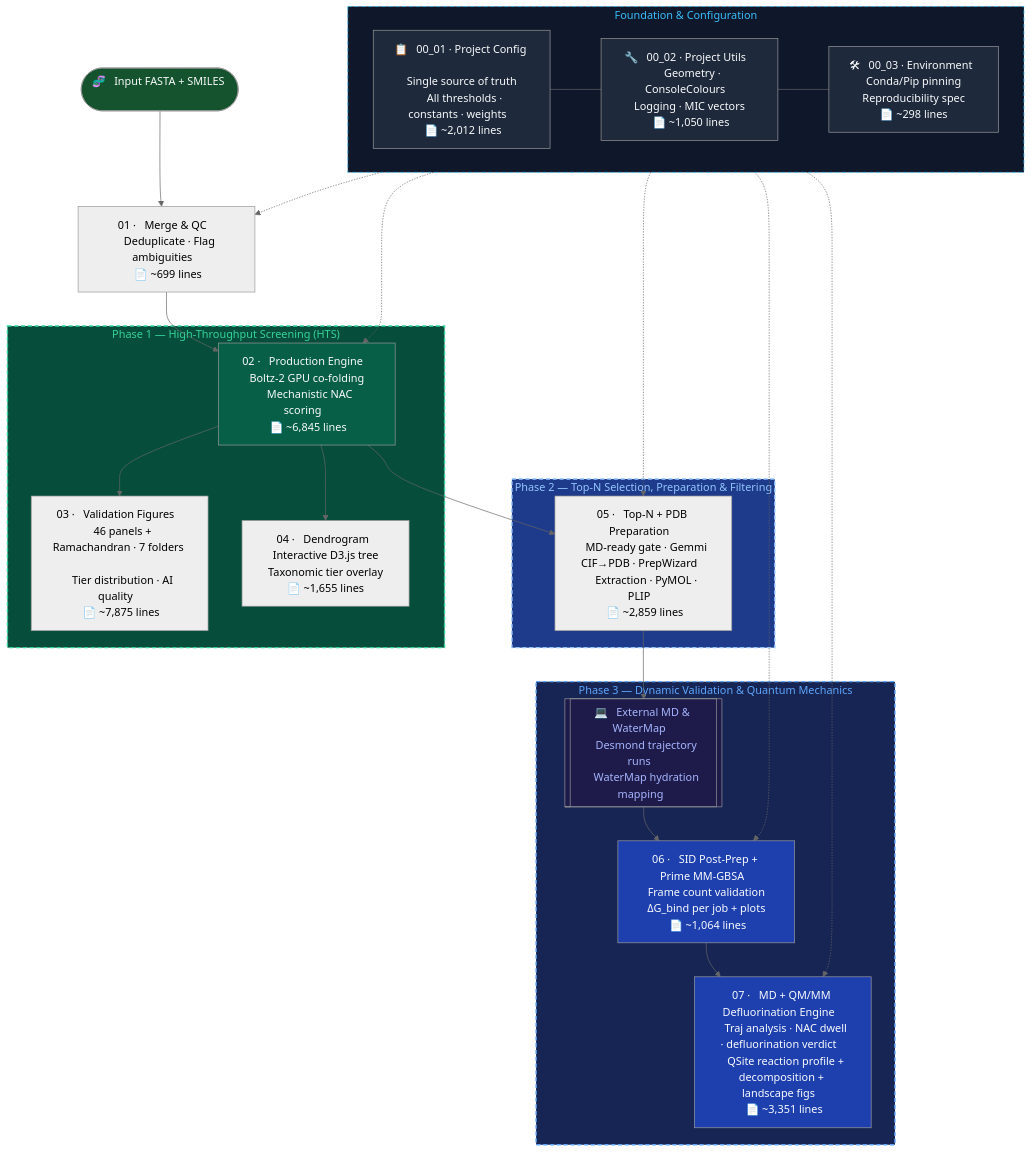
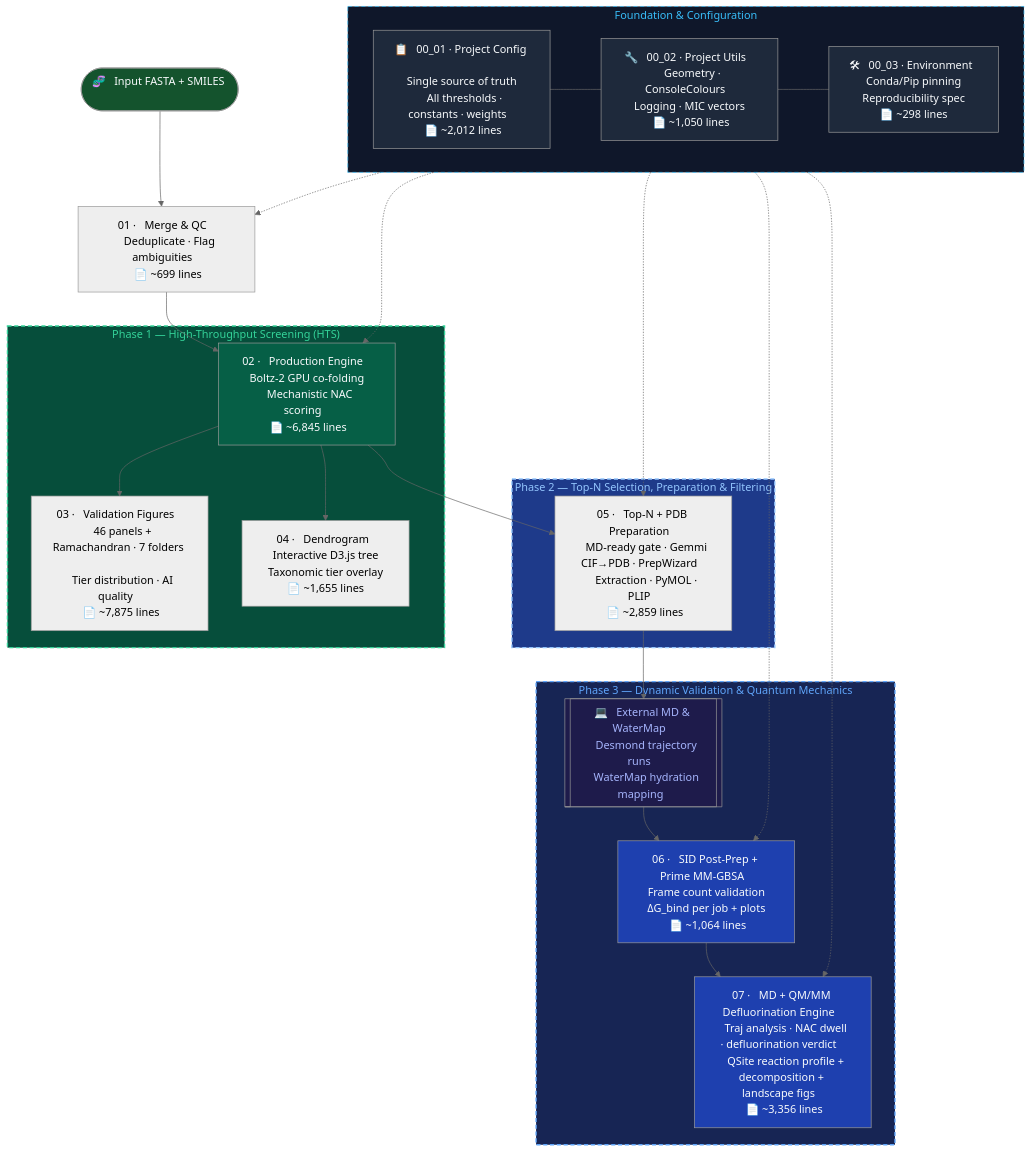
The diagram in README.md (KU-MGB/DeFluorX), drawn with Mermaid (neutral theme) before and after one commit. The commit also changed 1 other file, not shown here.

Commit message:
docs(07): split §7 QSite into 7a (input prep & execution) + 7b (scan parsing)
§7 was ~454 lines with only its parse half labelled; the prep+run half now has a
7a banner so both halves are balanced and navigable.

````diff
--- a/README.md
+++ b/README.md
@@ -189,56 +189,56 @@
 ```mermaid
 flowchart TD
     subgraph FOUNDATION["  Foundation & Configuration  "]
         CFG["📋 &nbsp; 00_01 · Project Config &nbsp; \n &nbsp; Single source of truth &nbsp; \n &nbsp; All thresholds · constants · weights &nbsp; \n &nbsp; 📄 ~2,012 lines &nbsp; "]
         UTL["🔧 &nbsp; 00_02 · Project Utils &nbsp; \n &nbsp; Geometry · ConsoleColours &nbsp; \n &nbsp; Logging · MIC vectors &nbsp; \n &nbsp; 📄 ~1,050 lines &nbsp; "]
         ENV["🛠 &nbsp; 00_03 · Environment &nbsp; \n &nbsp; Conda/Pip pinning &nbsp; \n &nbsp; Reproducibility spec &nbsp; \n &nbsp; 📄 ~298 lines &nbsp; "]
         CFG --- UTL --- ENV
     end
 
     START([🧬 &nbsp; Input FASTA + SMILES &nbsp;]) --> M1
     M1["01 · &nbsp; Merge & QC &nbsp; \n &nbsp; Deduplicate · Flag ambiguities &nbsp; \n &nbsp; 📄 ~699 lines &nbsp; "] --> M2
 
     subgraph PHASE1["  Phase 1 — High-Throughput Screening (HTS)  "]
         M2["02 · &nbsp; Production Engine &nbsp; \n &nbsp; Boltz-2 GPU co-folding &nbsp; \n &nbsp; Mechanistic NAC scoring &nbsp; \n &nbsp; 📄 ~6,845 lines &nbsp; "]
         M3["03 · &nbsp; Validation Figures &nbsp; \n &nbsp; 46 panels + Ramachandran · 7 folders &nbsp; \n &nbsp; Tier distribution · AI quality &nbsp; \n &nbsp; 📄 ~7,875 lines &nbsp; "]
         M4["04 · &nbsp; Dendrogram &nbsp; \n &nbsp; Interactive D3.js tree &nbsp; \n &nbsp; Taxonomic tier overlay &nbsp; \n &nbsp; 📄 ~1,655 lines &nbsp; "]
         M2 --> M3
         M2 --> M4
     end
 
     M2 --> M5
 
     subgraph PHASE2["  Phase 2 — Top-N Selection, Preparation & Filtering  "]
         M5["05 · &nbsp; Top-N + PDB Preparation &nbsp; \n &nbsp; MD-ready gate · Gemmi CIF→PDB · PrepWizard &nbsp; \n &nbsp; Extraction · PyMOL · PLIP &nbsp; \n &nbsp; 📄 ~2,859 lines &nbsp; "]
     end
 
     M5 --> EXT_MD
 
     subgraph PHASE3["  Phase 3 — Dynamic Validation & Quantum Mechanics  "]
         EXT_MD[["💻 &nbsp; External MD & WaterMap &nbsp; \n &nbsp; Desmond trajectory runs &nbsp; \n &nbsp; WaterMap hydration mapping &nbsp;"]]
         M6["06 · &nbsp; SID Post-Prep + Prime MM-GBSA &nbsp; \n &nbsp; Frame count validation &nbsp; \n &nbsp; ΔG_bind per job + plots &nbsp; \n &nbsp; 📄 ~1,064 lines &nbsp; "]
-        M7["07 · &nbsp; MD + QM/MM Defluorination Engine &nbsp; \n &nbsp; Traj analysis · NAC dwell · defluorination verdict &nbsp; \n &nbsp; QSite reaction profile + decomposition + landscape figs &nbsp; \n &nbsp; 📄 ~3,351 lines &nbsp; "]
+        M7["07 · &nbsp; MD + QM/MM Defluorination Engine &nbsp; \n &nbsp; Traj analysis · NAC dwell · defluorination verdict &nbsp; \n &nbsp; QSite reaction profile + decomposition + landscape figs &nbsp; \n &nbsp; 📄 ~3,356 lines &nbsp; "]
         EXT_MD --> M6 --> M7
     end
 
     %% Dependencies
     FOUNDATION -.-> M1
     FOUNDATION -.-> M2
     FOUNDATION -.-> M5
     FOUNDATION -.-> M6
     FOUNDATION -.-> M7
 
     style FOUNDATION fill:#0f172a,color:#38bdf8,stroke:#38bdf8
     style CFG fill:#1e293b,color:#f8fafc
     style UTL fill:#1e293b,color:#f8fafc
     style ENV fill:#1e293b,color:#f8fafc
     style PHASE1 fill:#064e3b,color:#34d399,stroke:#34d399,stroke-width:2px,stroke-dasharray: 6 4
     style PHASE2 fill:#1e3a8a,color:#93c5fd,stroke:#93c5fd,stroke-width:2px,stroke-dasharray: 6 4
     style PHASE3 fill:#172554,color:#60a5fa,stroke:#60a5fa,stroke-width:2px,stroke-dasharray: 6 4
     style FOUNDATION stroke-dasharray: 6 4
     style M2 fill:#065f46,color:#f8fafc
     style M6 fill:#1e40af,color:#f8fafc
     style M7 fill:#1e40af,color:#f8fafc
     style START fill:#14532d,color:#f8fafc
     style EXT_MD fill:#1e1b4b,color:#a5b4fc
 ```
````
